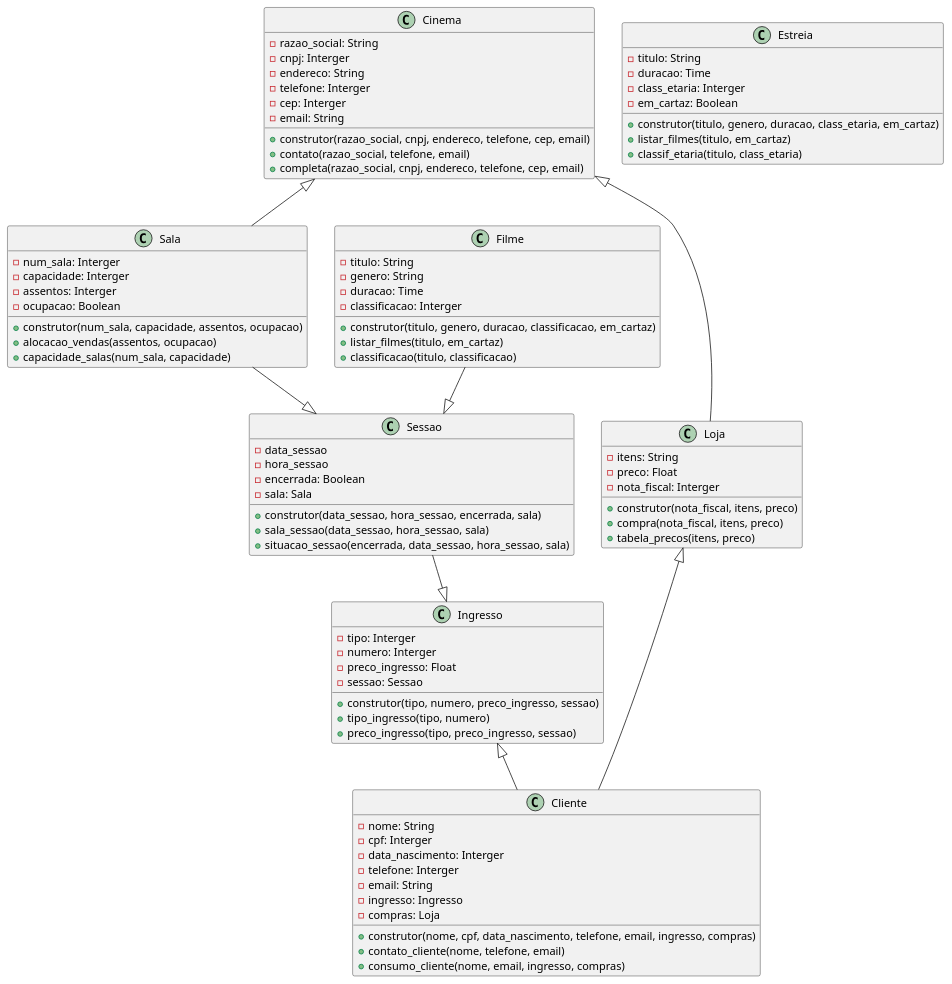
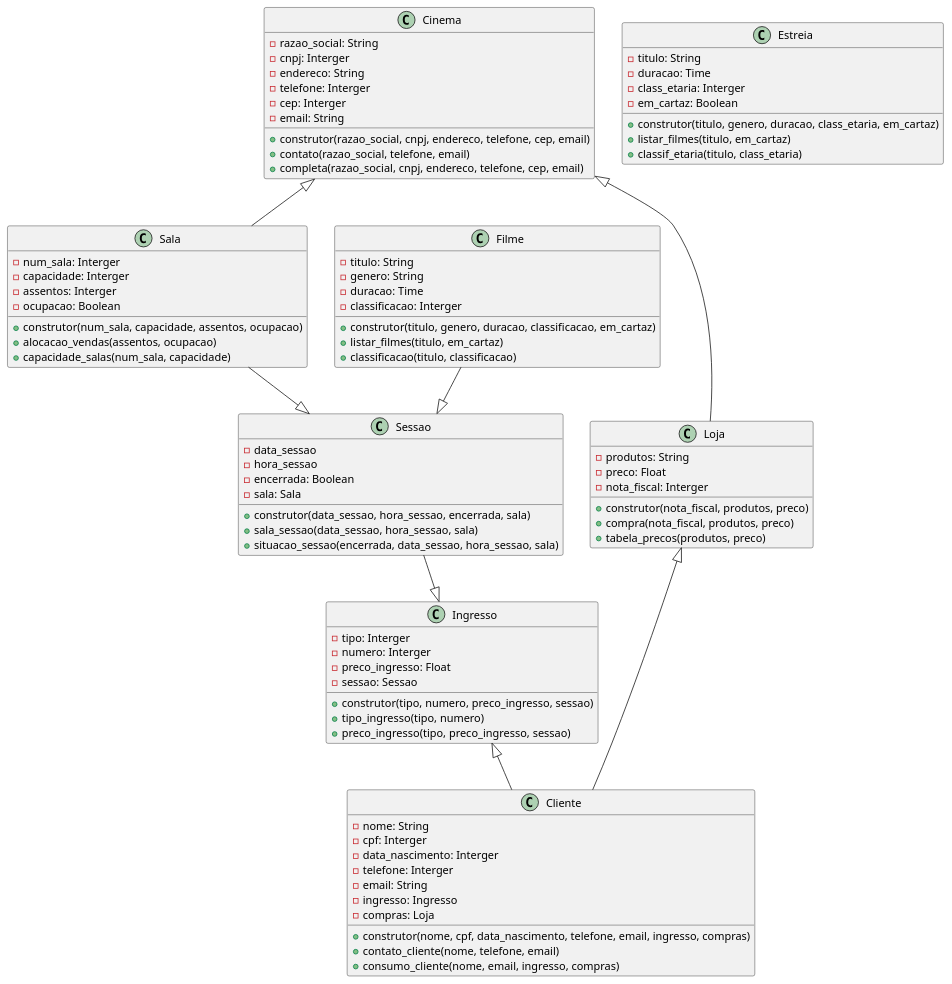
The diagram in cinema_grupo1.plantuml (anleaes/2023-1-N1-POO-01), drawn with PlantUML before and after one commit.

Commit message:
atualizacao loja

```diff
--- a/cinema_grupo1.plantuml
+++ b/cinema_grupo1.plantuml
@@ -1,94 +1,94 @@
 @startuml Diagrama Herança Cinema - Grupo 1
 class Cinema{
     - razao_social: String
     - cnpj: Interger 
     - endereco: String
     - telefone: Interger
     - cep: Interger
     - email: String
     + construtor(razao_social, cnpj, endereco, telefone, cep, email)
     + contato(razao_social, telefone, email)
     + completa(razao_social, cnpj, endereco, telefone, cep, email)
 }
 
 
 class Sala{
     - num_sala: Interger
     - capacidade: Interger
     - assentos: Interger
     - ocupacao: Boolean
     + construtor(num_sala, capacidade, assentos, ocupacao)
     + alocacao_vendas(assentos, ocupacao)
     + capacidade_salas(num_sala, capacidade)
 }
 
 class Sessao{
     - data_sessao
     - hora_sessao
     - encerrada: Boolean
     - sala: Sala
     + construtor(data_sessao, hora_sessao, encerrada, sala)
     + sala_sessao(data_sessao, hora_sessao, sala)
     + situacao_sessao(encerrada, data_sessao, hora_sessao, sala)    
 }
 
 class Loja{
-    - itens: String
+    - produtos: String
     - preco: Float
     - nota_fiscal: Interger
-    + construtor(nota_fiscal, itens, preco)
-    + compra(nota_fiscal, itens, preco)
-    + tabela_precos(itens, preco)
+    + construtor(nota_fiscal, produtos, preco)
+    + compra(nota_fiscal, produtos, preco)
+    + tabela_precos(produtos, preco)
 }
 
 class Ingresso{
     - tipo: Interger
     - numero: Interger
     - preco_ingresso: Float
     - sessao: Sessao
     + construtor(tipo, numero, preco_ingresso, sessao)
     + tipo_ingresso(tipo, numero)
     + preco_ingresso(tipo, preco_ingresso, sessao)
 }
 
 class Cliente{
     - nome: String
     - cpf: Interger
     - data_nascimento: Interger
     - telefone: Interger
     - email: String
     - ingresso: Ingresso
     - compras: Loja
     + construtor(nome, cpf, data_nascimento, telefone, email, ingresso, compras)
     + contato_cliente(nome, telefone, email)
     + consumo_cliente(nome, email, ingresso, compras)    
 }
 
 class Filme{
     - titulo: String
     - genero: String
     - duracao: Time
     - classificacao: Interger
     + construtor(titulo, genero, duracao, classificacao, em_cartaz)
     + listar_filmes(titulo, em_cartaz)
     + classificacao(titulo, classificacao)
 }
 
 class Estreia{
     - titulo: String
     - duracao: Time
     - class_etaria: Interger
     - em_cartaz: Boolean
     + construtor(titulo, genero, duracao, class_etaria, em_cartaz)
     + listar_filmes(titulo, em_cartaz)
     + classif_etaria(titulo, class_etaria)
 }
 
 Cinema <|-- Sala
 Sala --|> Sessao
 Filme --|> Sessao
 Ingresso <|-- Cliente
 Cinema <|-- Loja
 Loja <|-- Cliente
 Sessao --|> Ingresso
 @enduml
```
